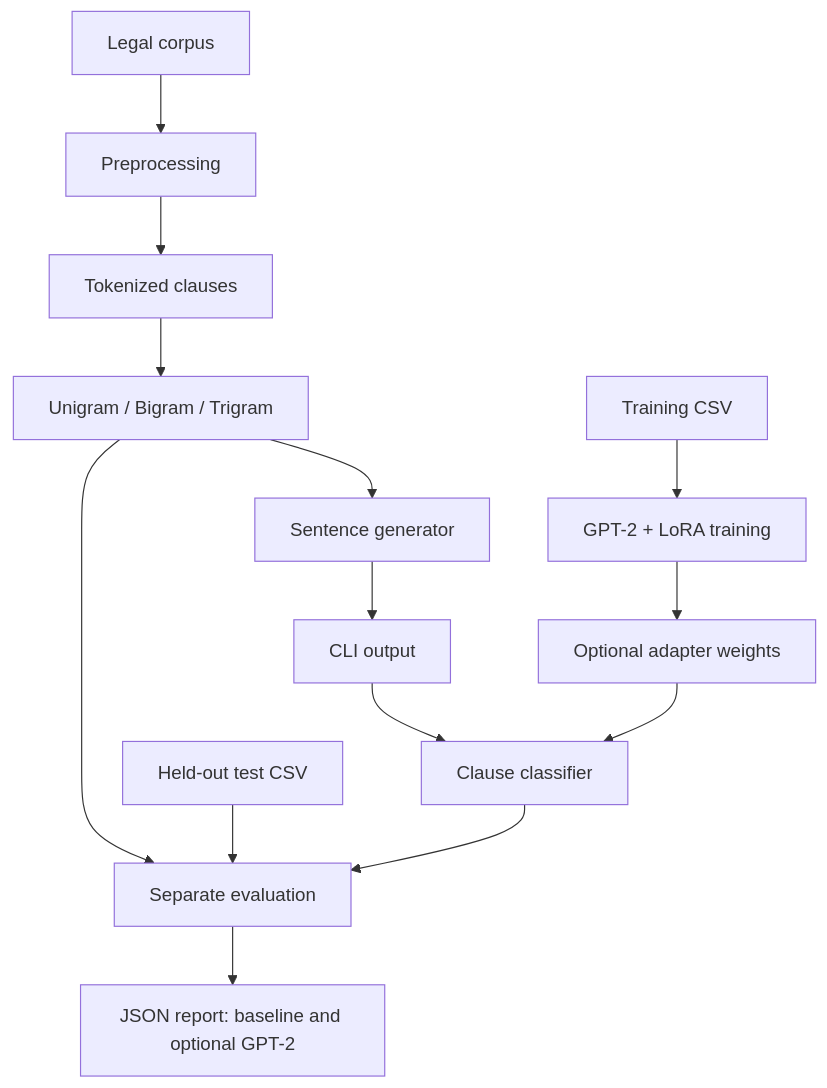
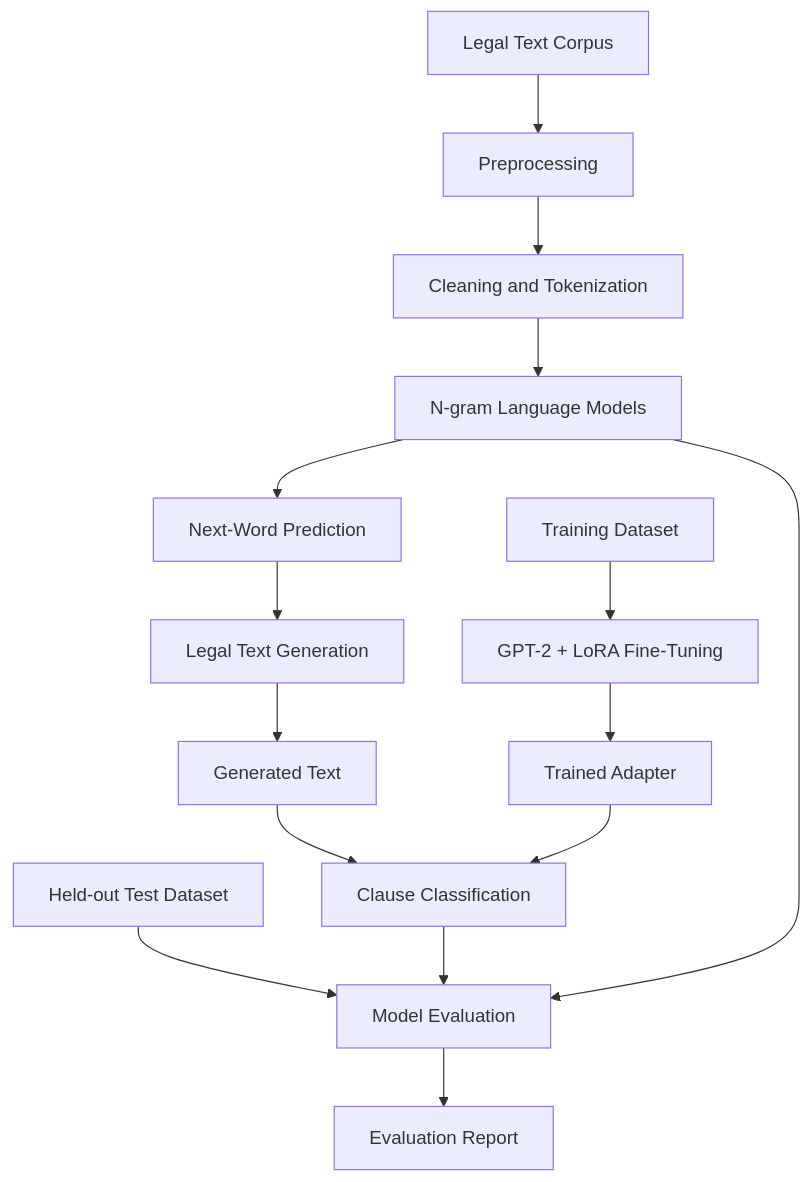
The diagram in README.md (NaikSaurabh-28/Legal-Drafting-Assistant), drawn with Mermaid before and after one commit. The commit also changed other lines of this file, not shown here.

````diff
--- a/README.md
+++ b/README.md
@@ -27,16 +40,19 @@
 ```mermaid
 flowchart TD
-    A[Legal corpus] --> B[Preprocessing]
-    B --> C[Tokenized clauses]
-    C --> D[Unigram / Bigram / Trigram]
-    D --> E[Sentence generator]
-    E --> F[CLI output]
-    F --> G[Clause classifier]
-    H[Training CSV] --> I[GPT-2 + LoRA training]
-    I --> J[Optional adapter weights]
-    J --> G
-    K[Held-out test CSV] --> L[Separate evaluation]
-    G --> L
-    D --> L
-    L --> M[JSON report: baseline and optional GPT-2]
+    A[Legal Text Corpus] --> B[Preprocessing]
+    B --> C[Cleaning and Tokenization]
+    C --> D[N-gram Language Models]
+    D --> E[Next-Word Prediction]
+    E --> F[Legal Text Generation]
+    F --> G[Generated Text]
+    G --> H[Clause Classification]
+
+    I[Training Dataset] --> J[GPT-2 + LoRA Fine-Tuning]
+    J --> K[Trained Adapter]
+    K --> H
+
+    L[Held-out Test Dataset] --> M[Model Evaluation]
+    H --> M
+    D --> M
+    M --> N[Evaluation Report]
 ```
````
